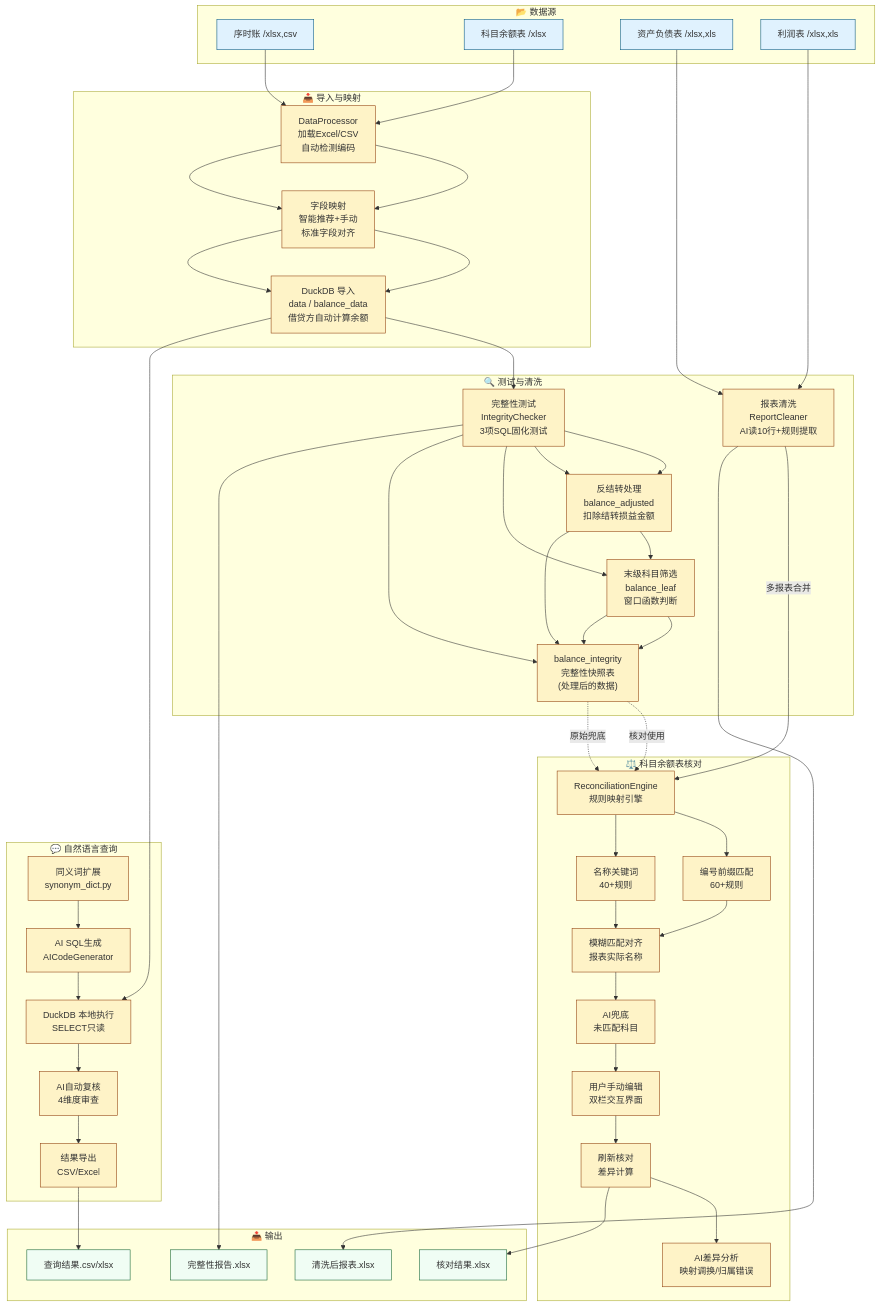
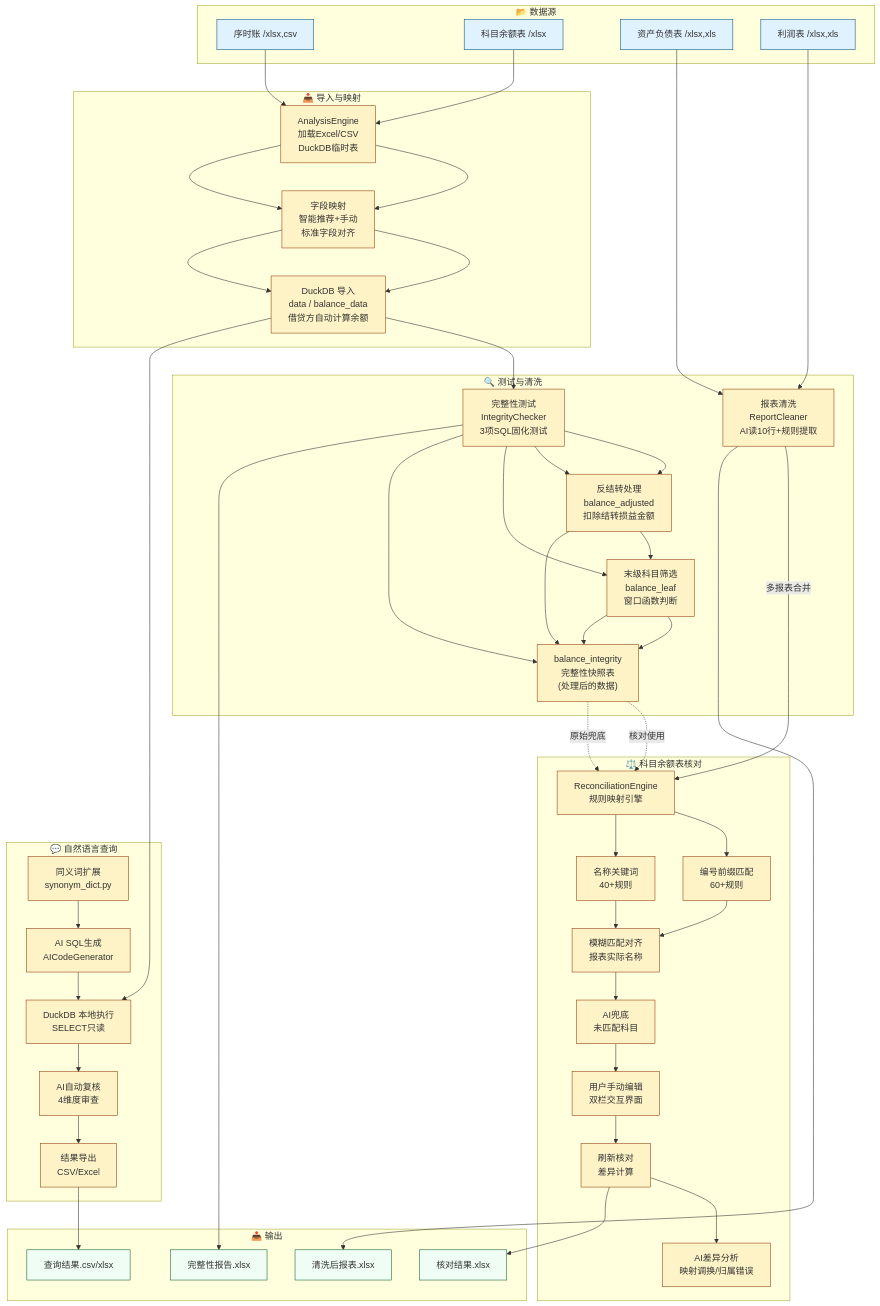
One commit to evelynn12138/JETTOOL changed the first of 3 diagrams in TECHNICAL.md. Above: the diagram before and after it, drawn with Mermaid. The commit also changed other lines of this file and 7 other files, not shown here.

```diff
--- a/TECHNICAL.md
+++ b/TECHNICAL.md
@@ -443,7 +413,7 @@
     end
 
     subgraph 导入层["📥 导入与映射"]
-        B1["DataProcessor<br/>加载Excel/CSV<br/>自动检测编码"]
+        B1["AnalysisEngine<br/>加载Excel/CSV<br/>DuckDB临时表"]
         B2["字段映射<br/>智能推荐+手动<br/>标准字段对齐"]
         B3["DuckDB 导入<br/>data / balance_data<br/>借贷方自动计算余额"]
     end
```
